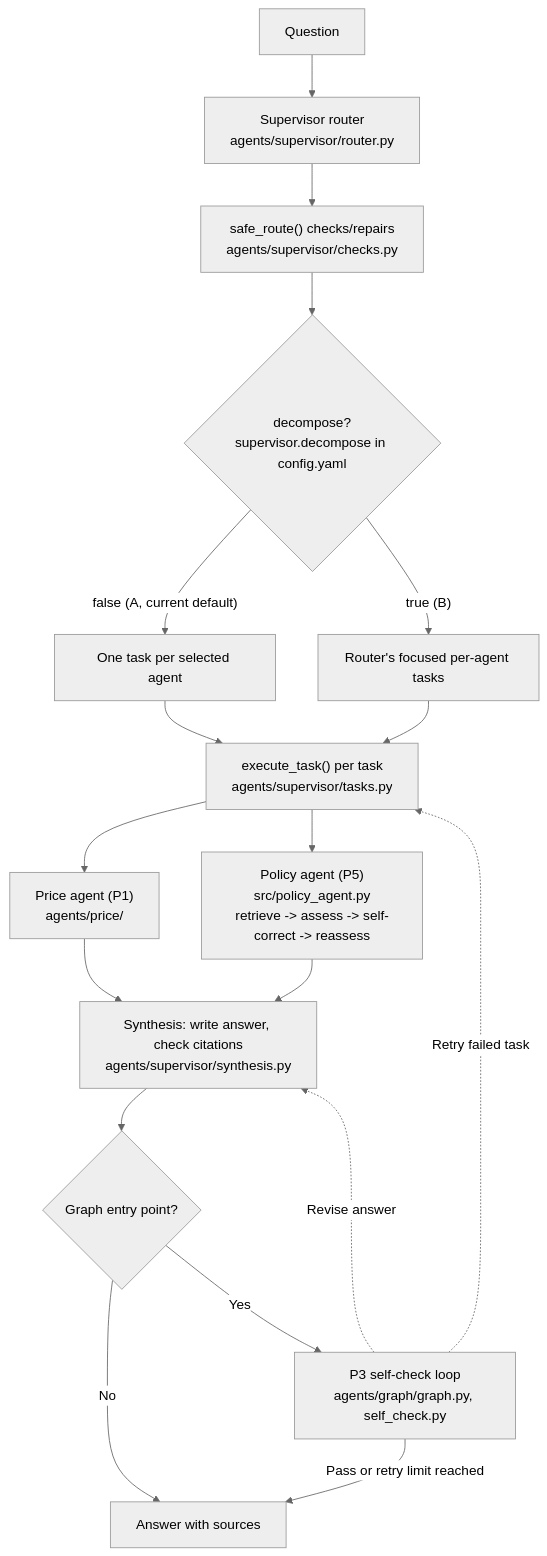
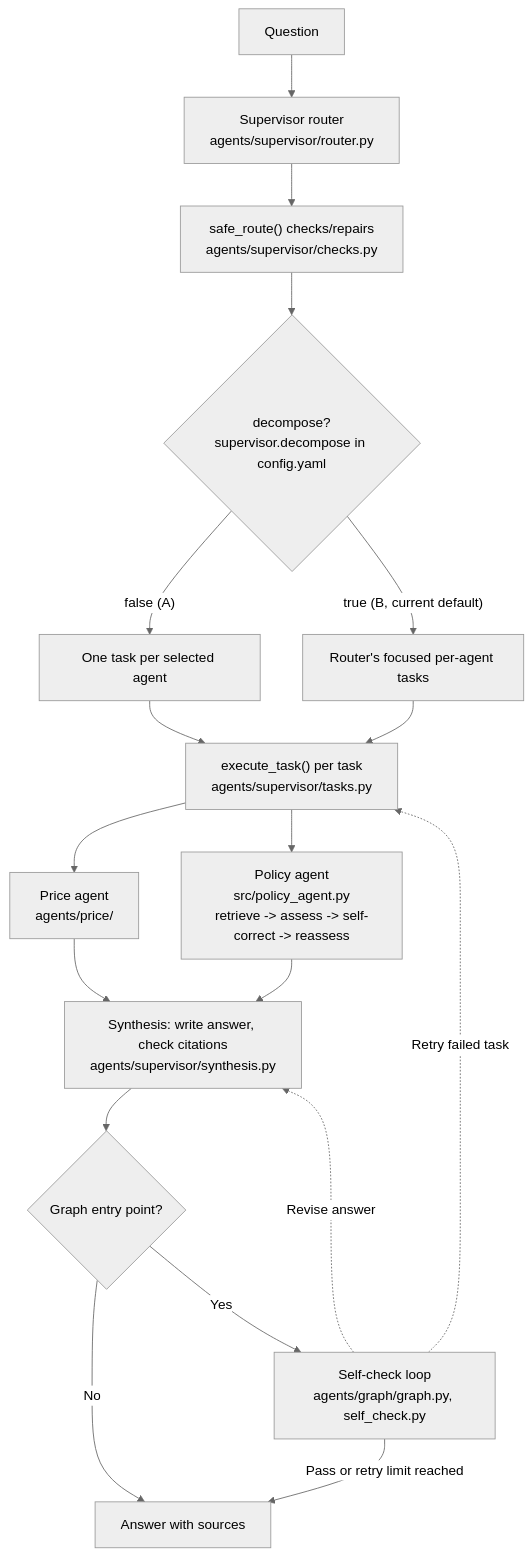
Before and after one commit to edwardbyl00/Gen-AI-and-LLM-Project: the second of 2 diagrams in Docs/end_to_end_overview.md, drawn with Mermaid (neutral theme). The commit also changed other lines of this file and 13 other files, not shown here.

````diff
--- a/Docs/end_to_end_overview.md
+++ b/Docs/end_to_end_overview.md
@@ -42,20 +42,20 @@
 ```mermaid
 flowchart TD
     Q[Question] --> ROUTE["Supervisor router<br/>agents/supervisor/router.py"]
     ROUTE --> SAFE["safe_route() checks/repairs<br/>agents/supervisor/checks.py"]
     SAFE --> TASKS{"decompose?<br/>supervisor.decompose in config.yaml"}
-    TASKS -->|"false (A, current default)"| ONE["One task per selected agent"]
-    TASKS -->|"true (B)"| MANY["Router's focused per-agent tasks"]
+    TASKS -->|"false (A)"| ONE["One task per selected agent"]
+    TASKS -->|"true (B, current default)"| MANY["Router's focused per-agent tasks"]
     ONE --> EXEC
     MANY --> EXEC["execute_task() per task<br/>agents/supervisor/tasks.py"]
-    EXEC --> PRICE["Price agent (P1)<br/>agents/price/"]
-    EXEC --> POLICY["Policy agent (P5)<br/>src/policy_agent.py<br/>retrieve -> assess -> self-correct -> reassess"]
+    EXEC --> PRICE["Price agent<br/>agents/price/"]
+    EXEC --> POLICY["Policy agent<br/>src/policy_agent.py<br/>retrieve -> assess -> self-correct -> reassess"]
     PRICE --> SYNTH
     POLICY --> SYNTH["Synthesis: write answer, check citations<br/>agents/supervisor/synthesis.py"]
     SYNTH --> MODE{Graph entry point?}
     MODE -->|No| OUT[Answer with sources]
-    MODE -->|Yes| CHECK["P3 self-check loop<br/>agents/graph/graph.py, self_check.py"]
+    MODE -->|Yes| CHECK["Self-check loop<br/>agents/graph/graph.py, self_check.py"]
     CHECK -->|Pass or retry limit reached| OUT
     CHECK -.->|Revise answer| SYNTH
     CHECK -.->|Retry failed task| EXEC
 ```
````
